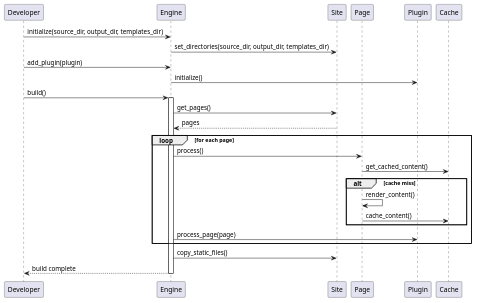
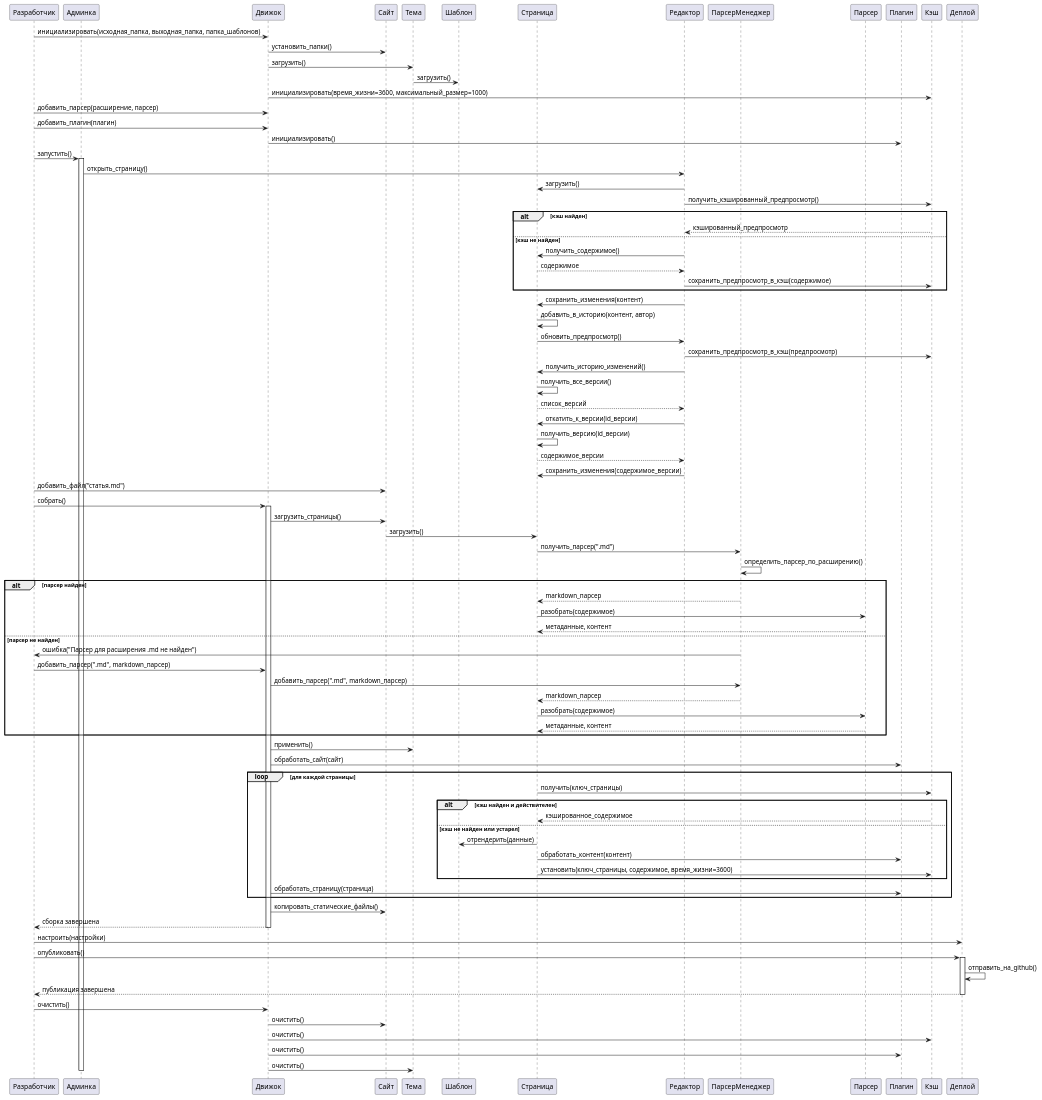
The diagram in uml/sequence.plantuml (nestessia/StaticFlow-diploma), drawn with PlantUML before and after one commit. The commit also changed 20 other files, not shown here.

```diff
--- a/uml/sequence.plantuml
+++ b/uml/sequence.plantuml
@@ -1,30 +1,119 @@
 @startuml
-participant "Developer" as dev
-participant "Engine" as engine
-participant "Site" as site
-participant "Page" as page
-participant "Plugin" as plugin
-participant "Cache" as cache
+participant "Разработчик" as dev
+participant "Админка" as admin
+participant "Движок" as engine
+participant "Сайт" as site
+participant "Тема" as theme
+participant "Шаблон" as template
+participant "Страница" as page
+participant "Редактор" as editor
+participant "ПарсерМенеджер" as parser_manager
+participant "Парсер" as parser
+participant "Плагин" as plugin
+participant "Кэш" as cache
+participant "Деплой" as deploy
 
-dev -> engine: initialize(source_dir, output_dir, templates_dir)
-engine -> site: set_directories(source_dir, output_dir, templates_dir)
-dev -> engine: add_plugin(plugin)
-engine -> plugin: initialize()
-dev -> engine: build()
+' Инициализация
+dev -> engine: инициализировать(исходная_папка, выходная_папка, папка_шаблонов)
+engine -> site: установить_папки()
+engine -> theme: загрузить()
+theme -> template: загрузить()
+engine -> cache: инициализировать(время_жизни=3600, максимальный_размер=1000)
+
+' Настройка компонентов
+dev -> engine: добавить_парсер(расширение, парсер)
+dev -> engine: добавить_плагин(плагин)
+engine -> plugin: инициализировать()
+
+' Работа через админку
+dev -> admin: запустить()
+activate admin
+
+admin -> editor: открыть_страницу()
+editor -> page: загрузить()
+editor -> cache: получить_кэшированный_предпросмотр()
+alt кэш найден
+    cache --> editor: кэшированный_предпросмотр
+else кэш не найден
+    editor -> page: получить_содержимое()
+    page --> editor: содержимое
+    editor -> cache: сохранить_предпросмотр_в_кэш(содержимое)
+end
+
+editor -> page: сохранить_изменения(контент)
+page -> page: добавить_в_историю(контент, автор)
+page -> editor: обновить_предпросмотр()
+editor -> cache: сохранить_предпросмотр_в_кэш(предпросмотр)
+
+' История изменений
+editor -> page: получить_историю_изменений()
+page -> page: получить_все_версии()
+page --> editor: список_версий
+editor -> page: откатить_к_версии(id_версии)
+page -> page: получить_версию(id_версии)
+page --> editor: содержимое_версии
+editor -> page: сохранить_изменения(содержимое_версии)
+
+' Разработчик добавляет файл
+dev -> site: добавить_файл("статья.md")
+
+' Процесс сборки
+dev -> engine: собрать()
 activate engine
-engine -> site: get_pages()
-site --> engine: pages
-loop for each page
-    engine -> page: process()
-    page -> cache: get_cached_content()
-    alt cache miss
-        page -> page: render_content()
-        page -> cache: cache_content()
+
+engine -> site: загрузить_страницы()
+site -> page: загрузить()
+
+' Автоматическое определение парсера
+page -> parser_manager: получить_парсер(".md")
+parser_manager -> parser_manager: определить_парсер_по_расширению()
+alt парсер найден
+    parser_manager --> page: markdown_парсер
+    page -> parser: разобрать(содержимое)
+    parser --> page: метаданные, контент
+else парсер не найден
+    parser_manager -> dev: ошибка("Парсер для расширения .md не найден")
+    dev -> engine: добавить_парсер(".md", markdown_парсер)
+    engine -> parser_manager: добавить_парсер(".md", markdown_парсер)
+    parser_manager --> page: markdown_парсер
+    page -> parser: разобрать(содержимое)
+    parser --> page: метаданные, контент
+end
+
+engine -> theme: применить()
+engine -> plugin: обработать_сайт(сайт)
+
+loop для каждой страницы
+    page -> cache: получить(ключ_страницы)
+    alt кэш найден и действителен
+        cache --> page: кэшированное_содержимое
+    else кэш не найден или устарел
+        page -> template: отрендерить(данные)
+        page -> plugin: обработать_контент(контент)
+        page -> cache: установить(ключ_страницы, содержимое, время_жизни=3600)
     end
-    engine -> plugin: process_page(page)
+    engine -> plugin: обработать_страницу(страница)
 end
-engine -> site: copy_static_files()
-engine --> dev: build complete
+
+engine -> site: копировать_статические_файлы()
+engine --> dev: сборка завершена
 deactivate engine
 
+' Публикация
+dev -> deploy: настроить(настройки)
+dev -> deploy: опубликовать()
+activate deploy
+deploy -> deploy: отправить_на_github()
+deploy --> dev: публикация завершена
+deactivate deploy
+
+' Очистка
+dev -> engine: очистить()
+engine -> site: очистить()
+engine -> cache: очистить()
+engine -> plugin: очистить()
+engine -> theme: очистить()
+
+deactivate admin
+
 @enduml
```
